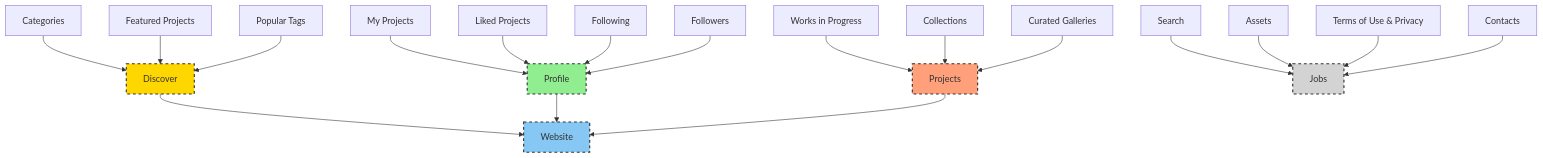
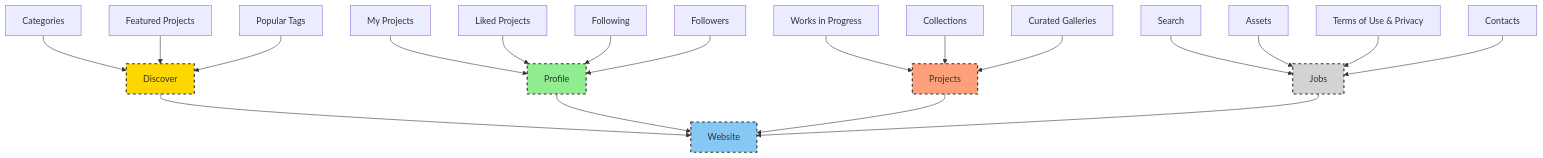
One commit to Yarema91/Blockscheme- changed the diagram in README.md. Above: the diagram before and after it, drawn with Mermaid.

````diff
--- a/README.md
+++ b/README.md
@@ -3,40 +3,40 @@
 ```mermaid
 graph TB;
 
 style A fill:#86C7F3, stroke:#333, stroke-width:2px, stroke-dasharray: 5, 5;
 style B fill:#FFD700, stroke:#333, stroke-width:2px, stroke-dasharray: 5, 5;
 style F fill:#90EE90, stroke:#333, stroke-width:2px, stroke-dasharray: 5, 5;
 style K fill:#FFA07A, stroke:#333, stroke-width:2px, stroke-dasharray: 5, 5;
 style O fill:#D3D3D3, stroke:#333, stroke-width:2px, stroke-dasharray: 5, 5;
 
 A[Website]
 B[Discover]
 C[Categories]
 D[Featured Projects]
 E[Popular Tags]
 F[Profile]
 G[My Projects]
 H[Liked Projects]
 I[Following]
 J[Followers]
 K[Projects]
 L[Works in Progress]
 M[Collections]
 N[Curated Galleries]
 O[Jobs]
 P[Search]
 Q[Assets]
 R[Terms of Use & Privacy]
 S[Contacts]
 
 
 
-B & F & K --> A;
+B & F & K & O --> A;
 C & D & E --> B;
 G & H --> F;
 I & J --> F;
 L & M & N --> K;
 P & Q --> O;
 R & S --> O;
 
 ```
````
